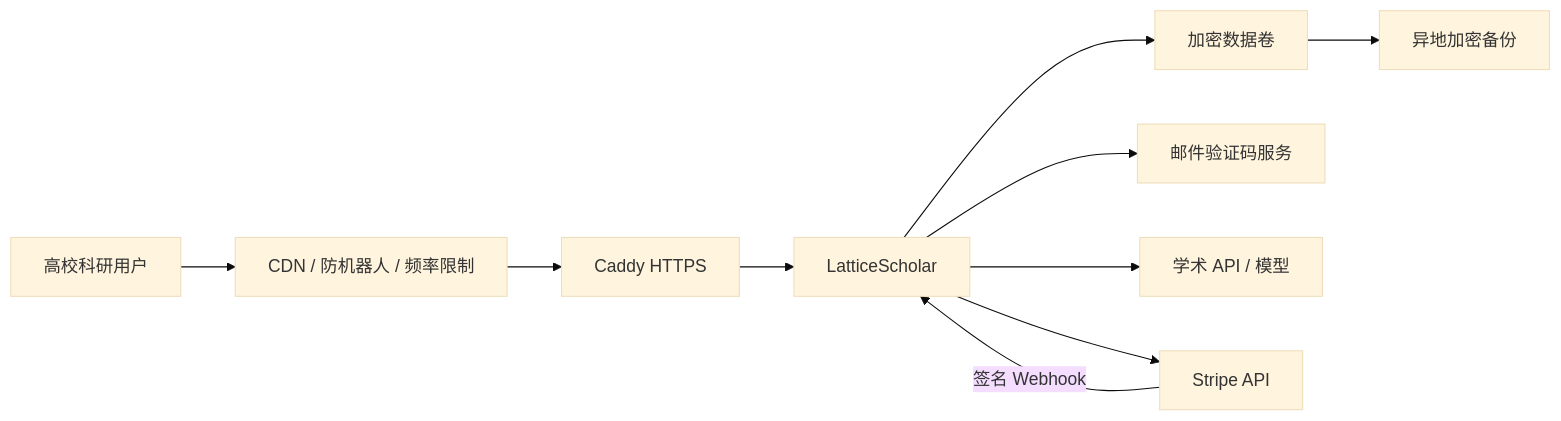
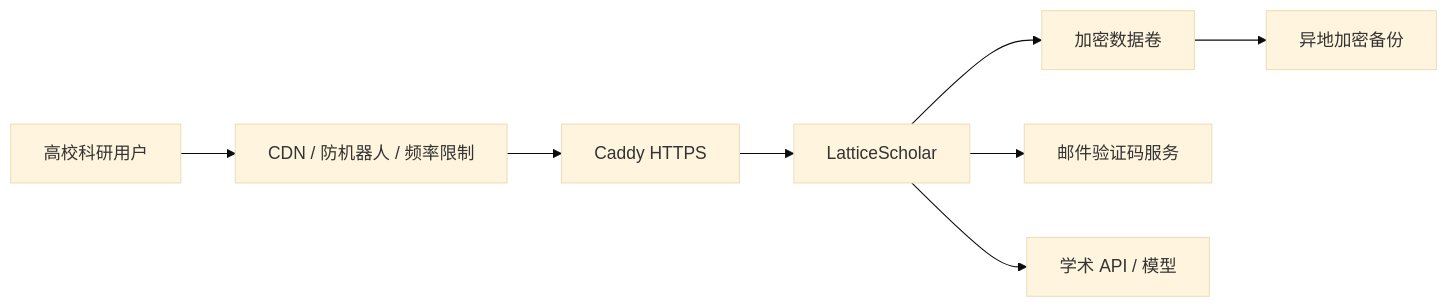
One commit to CBarran498/LatticeScholar changed the diagram in docs/PRIVATE_DEPLOYMENT.md. Above: the diagram before and after it, drawn with Mermaid (base theme). The commit also changed other lines of this file and 20 other files, not shown here.

````diff
--- a/docs/PRIVATE_DEPLOYMENT.md
+++ b/docs/PRIVATE_DEPLOYMENT.md
@@ -9,12 +9,10 @@
 ```mermaid
 flowchart LR
     U["高校科研用户"] --> C["CDN / 防机器人 / 频率限制"]
     C --> HTTPS["Caddy HTTPS"]
     HTTPS --> APP["LatticeScholar"]
     APP --> DB["加密数据卷"]
     APP --> SMTP["邮件验证码服务"]
     APP --> API["学术 API / 模型"]
-    APP --> PAY["Stripe API"]
-    PAY -->|签名 Webhook| APP
     DB --> BACKUP["异地加密备份"]
 ```
````
